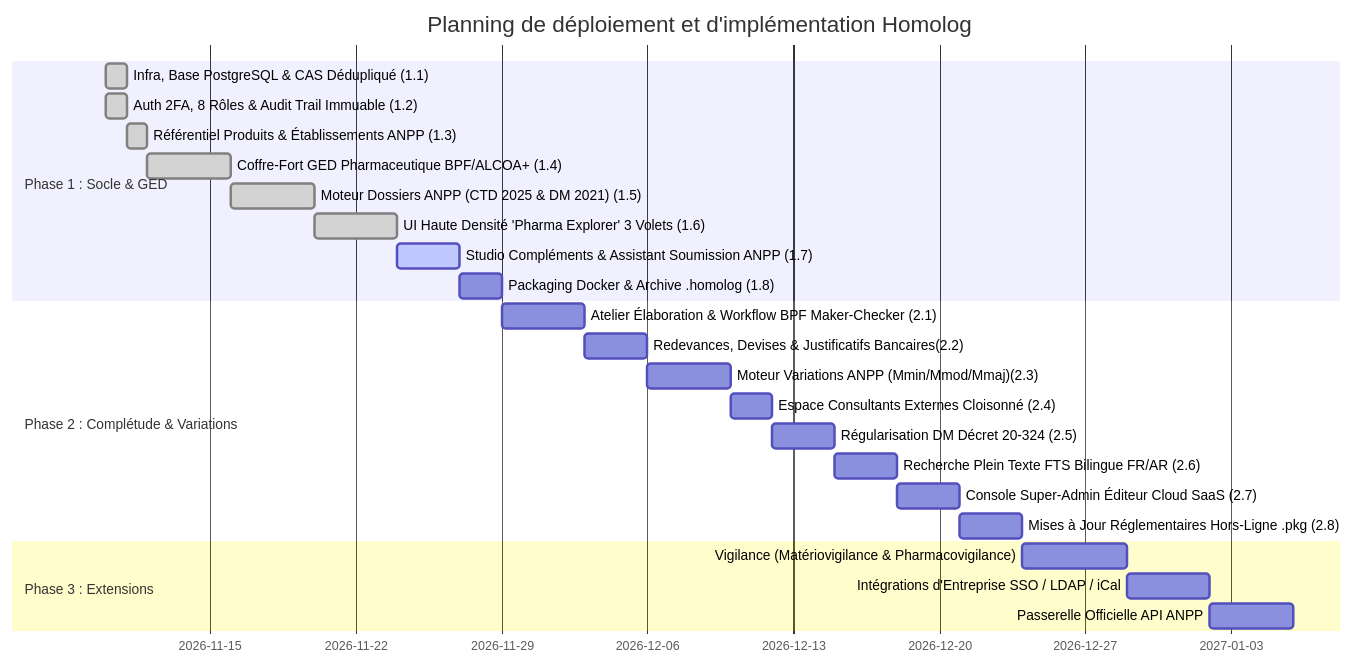
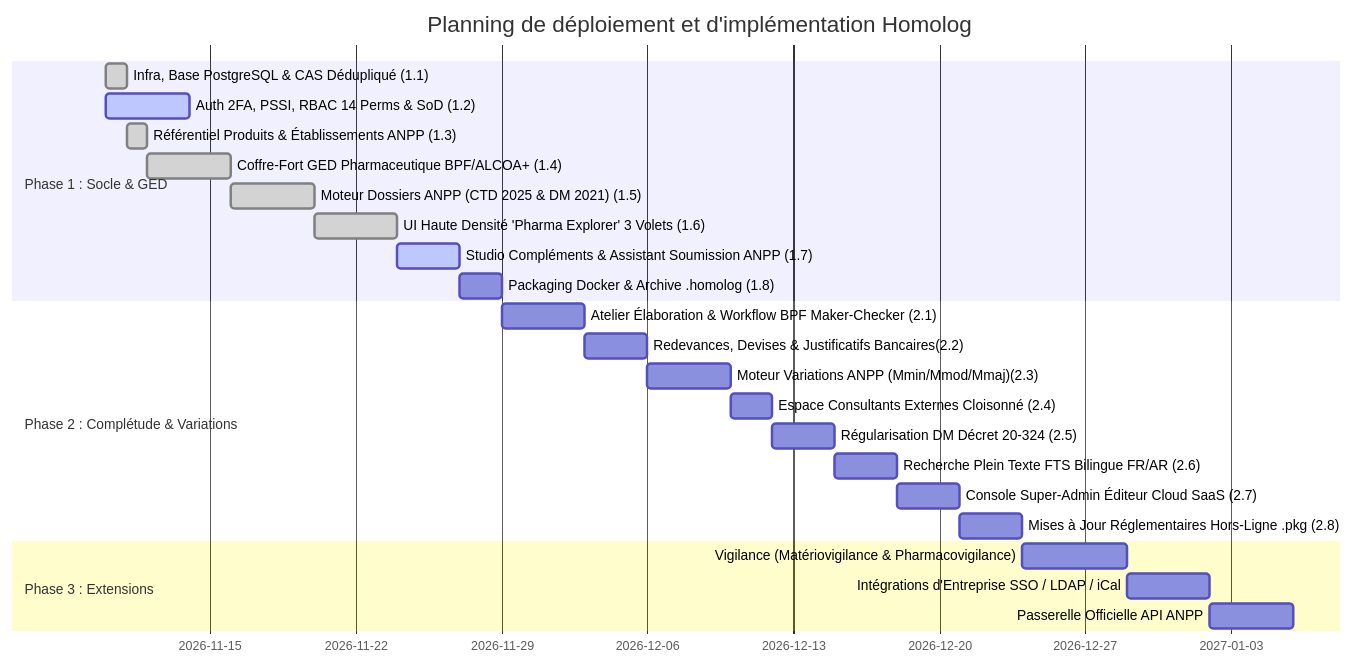
The diagram in docs/roadmap.md (aassr1965/homolog), drawn with Mermaid before and after one commit. The commit also changed other lines of this file, not shown here.

Commit message:
docs: reopen Jalon 1.2 as active for RBAC 14-perm and SoD enforcement

````diff
--- a/docs/roadmap.md
+++ b/docs/roadmap.md
@@ -18,27 +18,27 @@
 ```mermaid
 gantt
     title Planning de déploiement et d'implémentation Homolog
     dateFormat  YYYY-MM-DD
     section Phase 1 : Socle & GED
     Infra, Base PostgreSQL & CAS Dédupliqué (1.1)    :done, p1_1, 2026-11-10, 1d
-    Auth 2FA, 8 Rôles & Audit Trail Immuable (1.2)   :done, p1_2, 2026-11-10, 1d
+    Auth 2FA, PSSI, RBAC 14 Perms & SoD (1.2)        :active, p1_2, 2026-11-10, 4d
     Référentiel Produits & Établissements ANPP (1.3) :done, p1_3, 2026-11-11, 1d
     Coffre-Fort GED Pharmaceutique BPF/ALCOA+ (1.4)  :done, p1_4, after p1_3, 4d
     Moteur Dossiers ANPP (CTD 2025 & DM 2021) (1.5)  :done, p1_5, after p1_4, 4d
     UI Haute Densité 'Pharma Explorer' 3 Volets (1.6):done, p1_6, after p1_5, 4d
     Studio Compléments & Assistant Soumission ANPP (1.7) :active, p1_7, after p1_6, 3d
     Packaging Docker & Archive .homolog (1.8)        :p1_8, after p1_7, 2d
     section Phase 2 : Complétude & Variations
     Atelier Élaboration & Workflow BPF Maker-Checker (2.1):p2_1, after p1_8, 4d
     Redevances, Devises & Justificatifs Bancaires(2.2):p2_2, after p2_1, 3d
     Moteur Variations ANPP (Mmin/Mmod/Mmaj)(2.3)     :p2_3, after p2_2, 4d
     Espace Consultants Externes Cloisonné (2.4)      :p2_4, after p2_3, 2d
     Régularisation DM Décret 20-324 (2.5)            :p2_5, after p2_4, 3d
     Recherche Plein Texte FTS Bilingue FR/AR (2.6)   :p2_6, after p2_5, 3d
     Console Super-Admin Éditeur Cloud SaaS (2.7)     :p2_7, after p2_6, 3d
     Mises à Jour Réglementaires Hors-Ligne .pkg (2.8):p2_8, after p2_7, 3d
     section Phase 3 : Extensions
     Vigilance (Matériovigilance & Pharmacovigilance) :p3_1, after p2_8, 5d
     Intégrations d'Entreprise SSO / LDAP / iCal      :p3_2, after p3_1, 4d
     Passerelle Officielle API ANPP                   :p3_3, after p3_2, 4d
 ```
````
